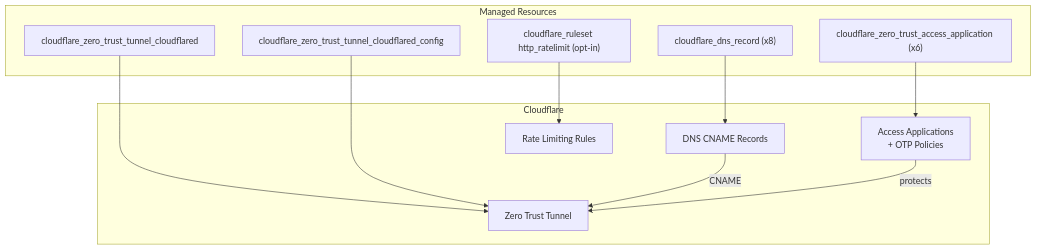
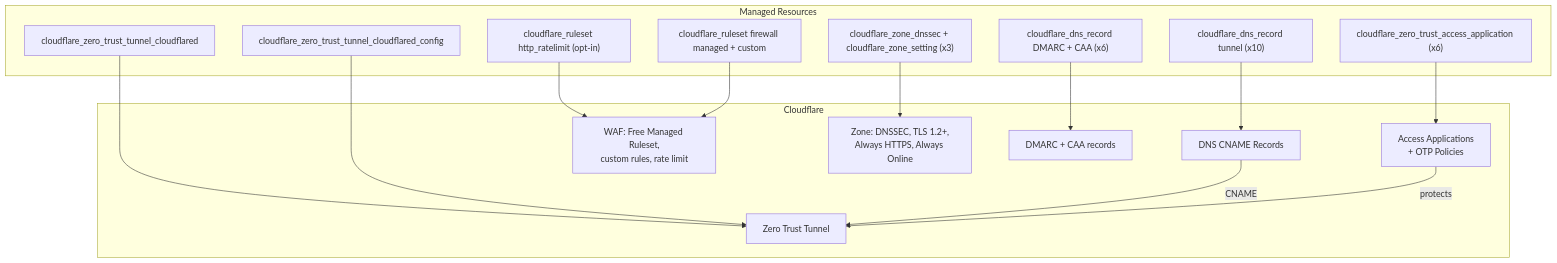
The fourth of 4 diagrams in README.md (danielpsf/homelab), drawn with Mermaid before and after one commit. The commit also changed other lines of this file, not shown here.

Commit message:
docs: add the personal site and edge hardening to the README and diagrams

````diff
--- a/README.md
+++ b/README.md
@@ -157,26 +168,34 @@
 ```mermaid
 graph TD
     subgraph Cloudflare
         TUNNEL[Zero Trust Tunnel]
         DNS[DNS CNAME Records]
         ACCESS[Access Applications<br/>+ OTP Policies]
-        WAF[Rate Limiting Rules]
+        WAF[WAF: Free Managed Ruleset,<br/>custom rules, rate limit]
+        ZONE[Zone: DNSSEC, TLS 1.2+,<br/>Always HTTPS, Always Online]
+        MAIL[DMARC + CAA records]
     end
 
     subgraph Managed Resources
         R1[cloudflare_zero_trust_tunnel_cloudflared]
         R2[cloudflare_zero_trust_tunnel_cloudflared_config]
-        R3["cloudflare_dns_record (x8)"]
+        R3["cloudflare_dns_record tunnel (x10)"]
         R4["cloudflare_zero_trust_access_application (x6)"]
         R7["cloudflare_ruleset http_ratelimit (opt-in)"]
+        R8["cloudflare_ruleset firewall managed + custom"]
+        R9["cloudflare_zone_dnssec + cloudflare_zone_setting (x3)"]
+        R10["cloudflare_dns_record DMARC + CAA (x6)"]
     end
 
     R1 --> TUNNEL
     R2 --> TUNNEL
     R3 --> DNS
     R4 --> ACCESS
     R7 --> WAF
+    R8 --> WAF
+    R9 --> ZONE
+    R10 --> MAIL
 
     DNS -->|CNAME| TUNNEL
     ACCESS -->|protects| TUNNEL
 ```
````
